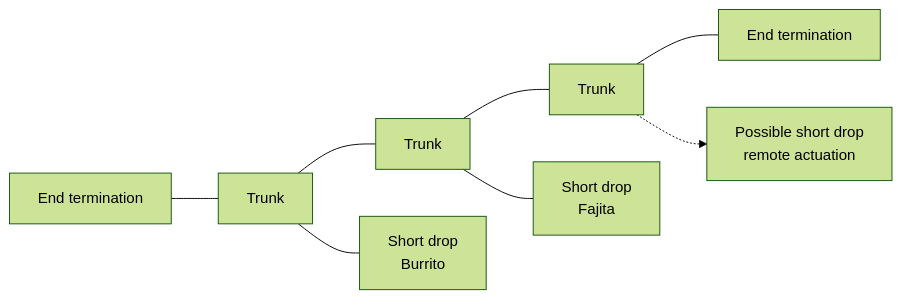
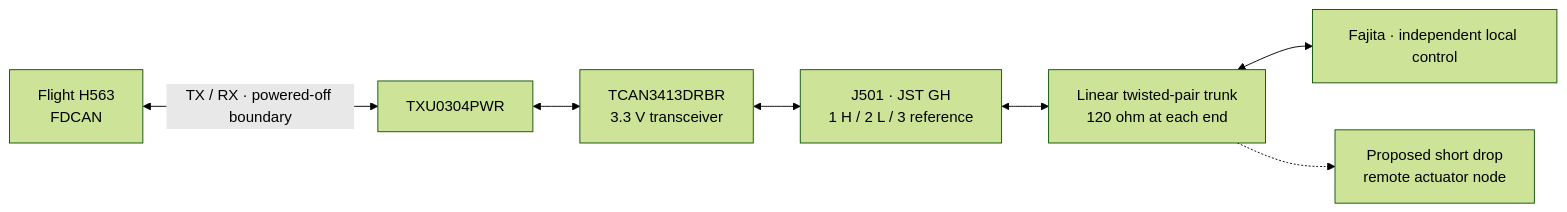
Before and after one commit to ULAS-HiPR/Ogma2: the second of 2 diagrams in docs/architecture/08-foinse-can.md, drawn with Mermaid (forest theme). The commit also changed other lines of this file and 19 other files, not shown here.

Commit message:
Make architecture review concrete and link supporting justification

````diff
--- a/docs/architecture/08-foinse-can.md
+++ b/docs/architecture/08-foinse-can.md
@@ -74,10 +59,14 @@
 ```mermaid
 flowchart LR
-  L["End termination"] --- T1["Trunk"]
-  T1 --- T2["Trunk"]
-  T2 --- T3["Trunk"]
-  T3 --- R["End termination"]
-  T1 --- B["Short drop<br/>Burrito"]
-  T2 --- F["Short drop<br/>Fajita"]
-  T3 -.-> A["Possible short drop<br/>remote actuation"]
+  F["Flight H563
+FDCAN"] <-->|"TX / RX · powered-off boundary"| X["TXU0304PWR"]
+  X <--> T["TCAN3413DRBR
+3.3 V transceiver"]
+  T <--> J["J501 · JST GH
+1 H / 2 L / 3 reference"]
+  J <--> H["Linear twisted-pair trunk
+120 ohm at each end"]
+  H <--> P["Fajita · independent local control"]
+  H -.-> A["Proposed short drop
+remote actuator node"]
 ```
````
